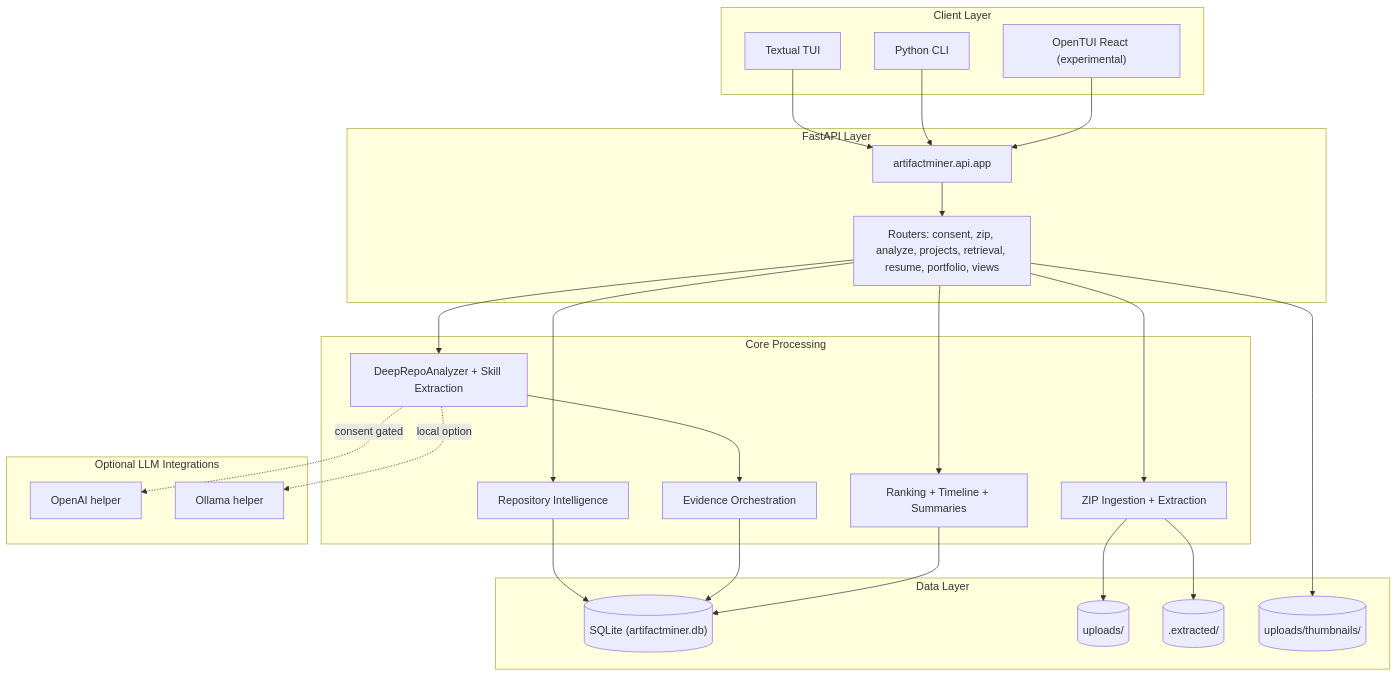
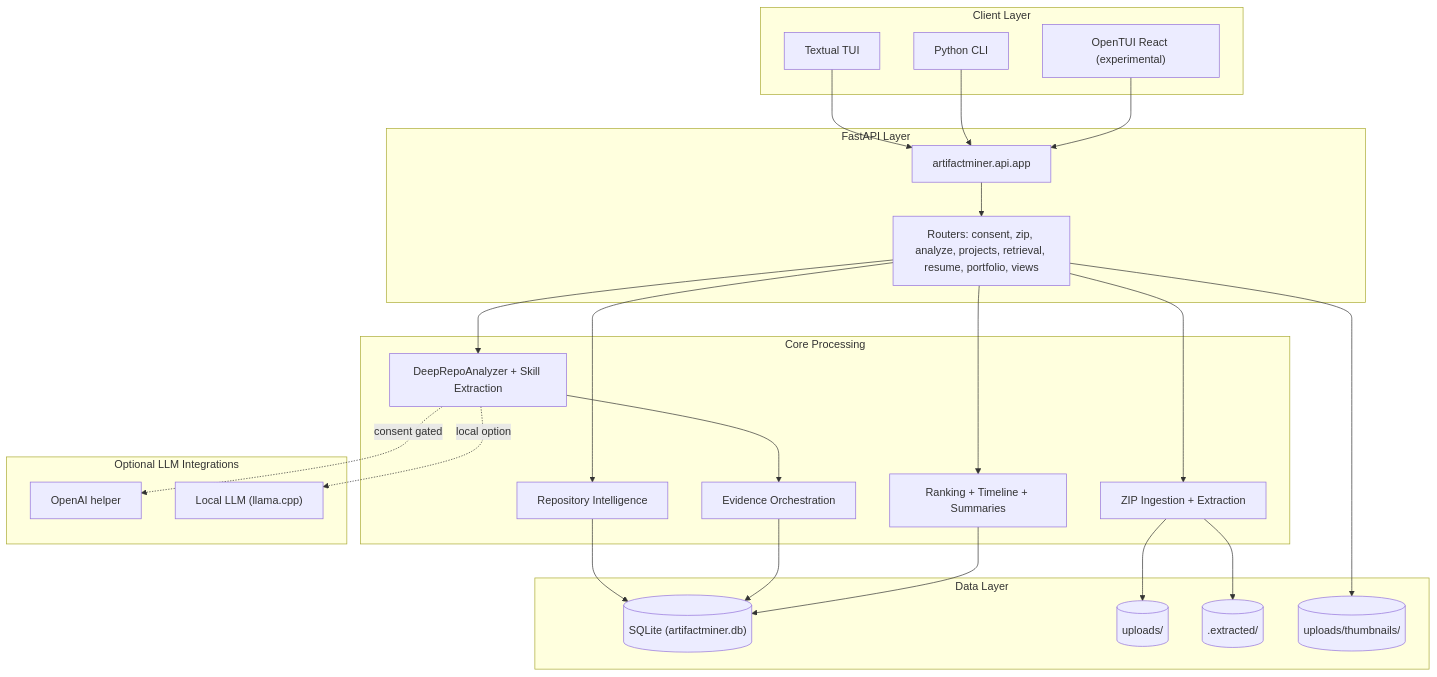
The first of 3 diagrams in README.md (COSC-499-W2025/capstone-project-team-1), drawn with Mermaid before and after one commit. The commit also changed other lines of this file and 4 other files, not shown here.

Commit message:
refactor: remove Ollama references and update to local LLM wrapper in documentation and code

````diff
--- a/README.md
+++ b/README.md
@@ -19,55 +19,55 @@
 ```mermaid
 flowchart TB
     subgraph Clients["Client Layer"]
         TUI["Textual TUI"]
         CLI["Python CLI"]
         React["OpenTUI React (experimental)"]
     end
 
     subgraph API["FastAPI Layer"]
         Gateway["artifactminer.api.app"]
         Routers["Routers: consent, zip, analyze, projects, retrieval, resume, portfolio, views"]
     end
 
     subgraph Core["Core Processing"]
         Ingest["ZIP Ingestion + Extraction"]
         RepoIntel["Repository Intelligence"]
         Skills["DeepRepoAnalyzer + Skill Extraction"]
         Evidence["Evidence Orchestration"]
         Ranking["Ranking + Timeline + Summaries"]
     end
 
     subgraph Integrations["Optional LLM Integrations"]
         OpenAI["OpenAI helper"]
-        Ollama["Ollama helper"]
+        LocalLLM["Local LLM (llama.cpp)"]
     end
 
     subgraph Data["Data Layer"]
         SQLite[("SQLite (artifactminer.db)")]
         Uploads[("uploads/")]
         Extracted[(".extracted/")]
         Thumbs[("uploads/thumbnails/")]
     end
 
     TUI --> Gateway
     CLI --> Gateway
     React --> Gateway
     Gateway --> Routers
 
     Routers --> Ingest
     Ingest --> Uploads
     Ingest --> Extracted
 
     Routers --> RepoIntel
     Routers --> Skills
     Skills --> Evidence
     Routers --> Ranking
 
     RepoIntel --> SQLite
     Evidence --> SQLite
     Ranking --> SQLite
     Routers --> Thumbs
 
     Skills -. consent gated .-> OpenAI
-    Skills -. local option .-> Ollama
+    Skills -. local option .-> LocalLLM
 ```
````
